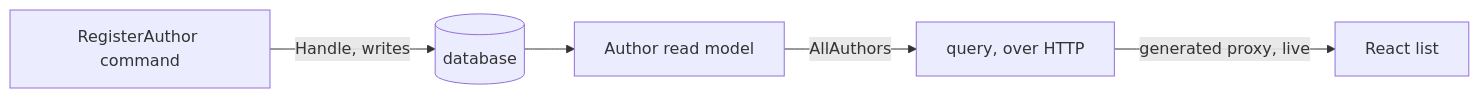
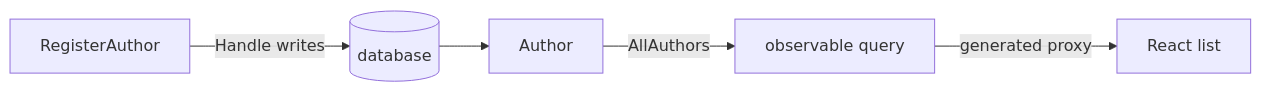
One commit to Cratis/Arc changed the diagram in Documentation/tutorial/first-slice.mdx. Above: the diagram before and after it, drawn with Mermaid. The commit also changed other lines of this file and 272 other files, not shown here.

````diff
--- a/Documentation/tutorial/first-slice.mdx
+++ b/Documentation/tutorial/first-slice.mdx
@@ -13,7 +21,7 @@
 ```mermaid
 flowchart LR
-    Cmd["RegisterAuthor command"] -->|Handle, writes| DB[("database")]
-    DB --> RM["Author read model"]
-    RM -->|AllAuthors| Q["query, over HTTP"]
-    Q -->|generated proxy, live| UI["React list"]
+    Cmd[RegisterAuthor] -->|Handle writes| DB[(database)]
+    DB --> RM[Author]
+    RM -->|AllAuthors| Q[observable query]
+    Q -->|generated proxy| UI[React list]
 ```
````
